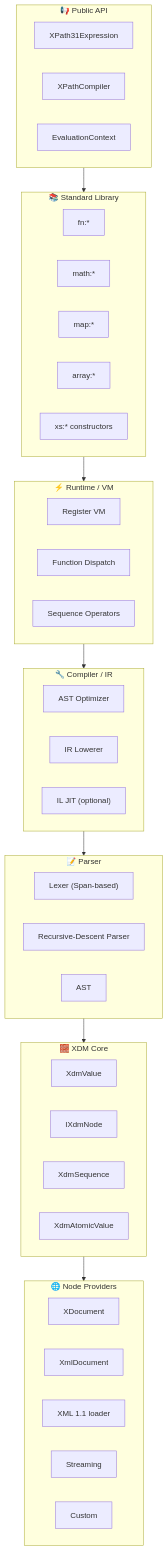
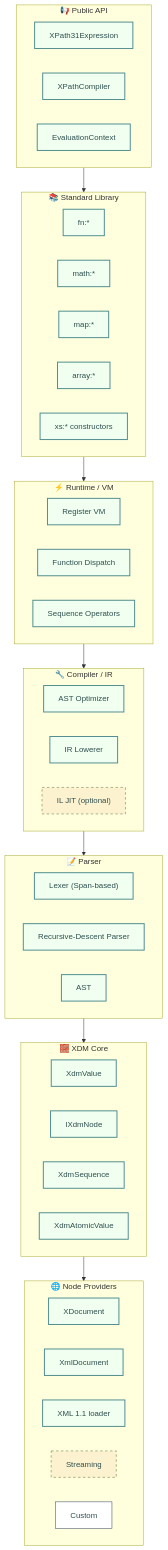
The first of 5 diagrams in docs/ARCHITECTURE.md (Fytala-Charles/Bosak), drawn with Mermaid before and after one commit. The commit also changed other lines of this file and 23 other files, not shown here.

````diff
--- a/docs/ARCHITECTURE.md
+++ b/docs/ARCHITECTURE.md
@@ -31,56 +29,64 @@
 ```mermaid
 flowchart TB
     subgraph API["📢 Public API"]
         EXP["XPath31Expression"]
         COMP["XPathCompiler"]
         ECTX["EvaluationContext"]
     end
 
     subgraph STD["📚 Standard Library"]
         FN["fn:*"]
         MATH["math:*"]
         MAP["map:*"]
         ARR["array:*"]
         XS["xs:* constructors"]
     end
 
     subgraph RT["⚡ Runtime / VM"]
         VM["Register VM"]
         FD["Function Dispatch"]
         SO["Sequence Operators"]
     end
 
     subgraph CP["🔧 Compiler / IR"]
         ASTO["AST Optimizer"]
         IRL["IR Lowerer"]
         JIT["IL JIT (optional)"]
     end
 
     subgraph PR["📝 Parser"]
         LEX["Lexer (Span-based)"]
         PAR["Recursive-Descent Parser"]
         AST["AST"]
     end
 
     subgraph XC["🧱 XDM Core"]
         XV["XdmValue"]
         XN["IXdmNode"]
         XSQ["XdmSequence"]
         XAV["XdmAtomicValue"]
     end
 
     subgraph NP["🌐 Node Providers"]
         XD["XDocument"]
         XMLD["XmlDocument"]
         X11["XML 1.1 loader"]
         STR["Streaming"]
         CUST["Custom"]
     end
 
     API --> STD
     STD --> RT
     RT --> CP
     CP --> PR
     PR --> XC
     XC --> NP
+
+    classDef current fill:#F0FFF0,stroke:#518D8F,color:#2F4F4F,stroke-width:2px
+    classDef external fill:#FFFFFF,stroke:#293F5F,color:#2F4F4F
+    classDef planned fill:#FDF2CF,stroke:#556B2F,color:#2F4F4F,stroke-dasharray:5 5
+
+    class EXP,COMP,ECTX,FN,MATH,MAP,ARR,XS,VM,FD,SO,ASTO,IRL,LEX,PAR,AST,XV,XN,XSQ,XAV,XD,XMLD,X11 current
+    class JIT,STR planned
+    class CUST external
 ```
````
